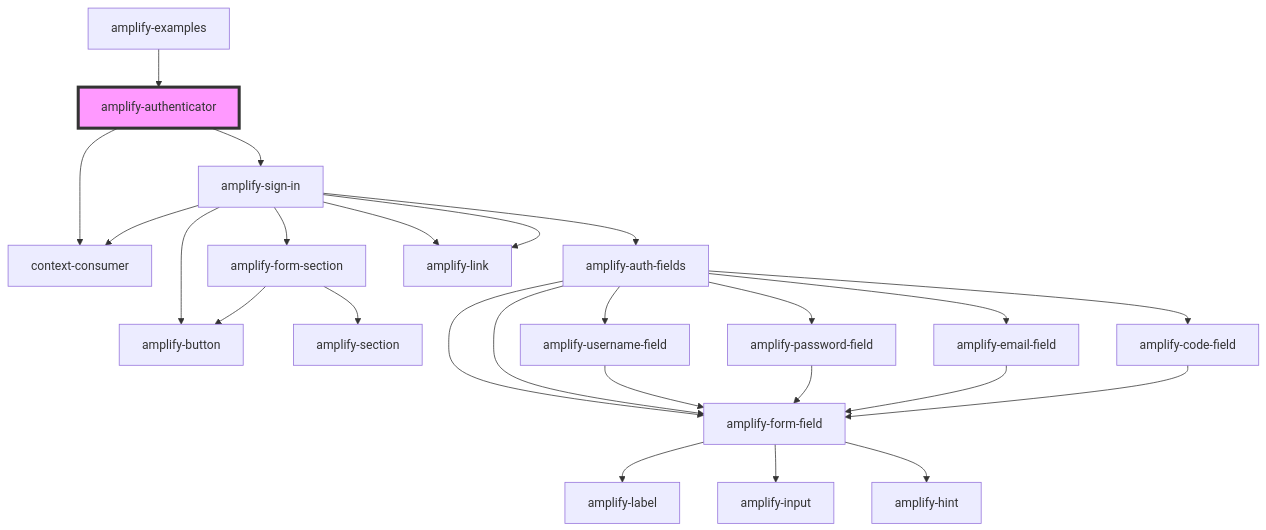
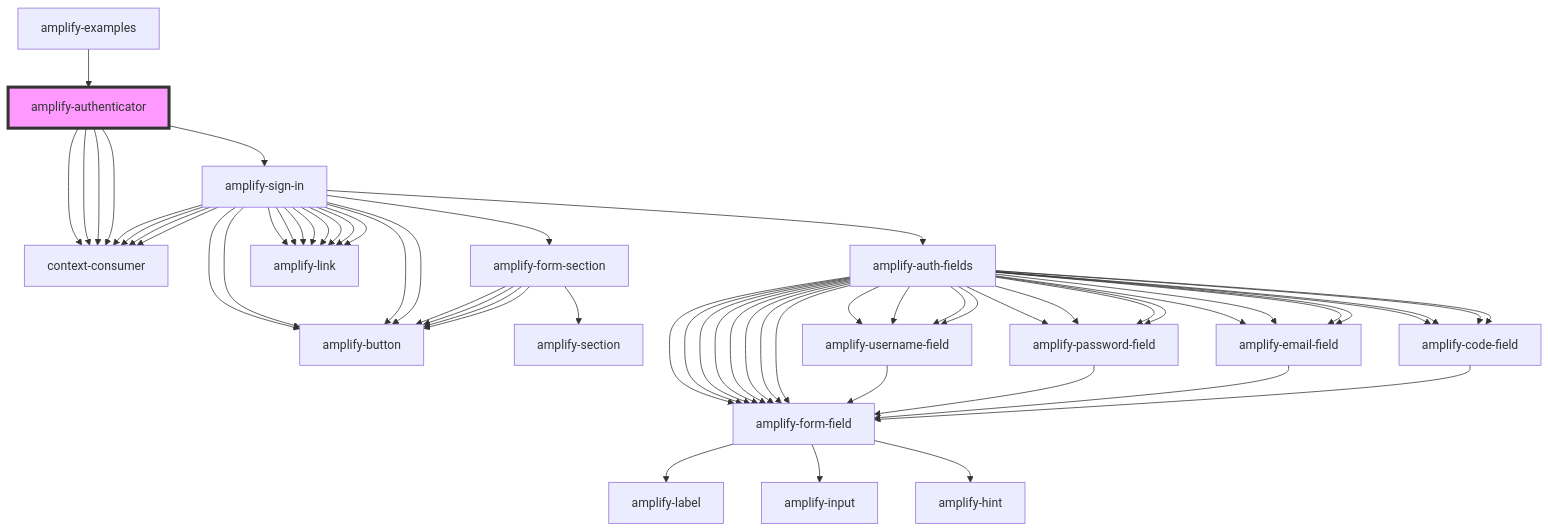
Before and after one commit to aws-amplify/amplify-js: the diagram in packages/amplify-ui-components/src/components/amplify-authenticator/readme.md, drawn with Mermaid. The commit also changed other lines of this file and 35 other files, not shown here.

Commit message:
feat: amplify-sign-in component, authState refactor

````diff
--- a/packages/amplify-ui-components/src/components/amplify-authenticator/readme.md
+++ b/packages/amplify-ui-components/src/components/amplify-authenticator/readme.md
@@ -27,28 +30,64 @@
 ```mermaid
 graph TD;
   amplify-authenticator --> amplify-sign-in
+  amplify-authenticator --> context-consumer
+  amplify-authenticator --> context-consumer
+  amplify-authenticator --> context-consumer
   amplify-authenticator --> context-consumer
   amplify-sign-in --> amplify-form-section
   amplify-sign-in --> amplify-auth-fields
   amplify-sign-in --> amplify-link
   amplify-sign-in --> context-consumer
   amplify-sign-in --> amplify-link
   amplify-sign-in --> amplify-button
+  amplify-sign-in --> amplify-link
+  amplify-sign-in --> context-consumer
+  amplify-sign-in --> amplify-link
+  amplify-sign-in --> amplify-button
+  amplify-sign-in --> amplify-link
+  amplify-sign-in --> context-consumer
+  amplify-sign-in --> amplify-link
+  amplify-sign-in --> amplify-button
+  amplify-sign-in --> amplify-link
+  amplify-sign-in --> context-consumer
+  amplify-sign-in --> amplify-link
+  amplify-sign-in --> amplify-button
   amplify-form-section --> amplify-section
   amplify-form-section --> amplify-button
+  amplify-form-section --> amplify-button
+  amplify-form-section --> amplify-button
+  amplify-form-section --> amplify-button
+  amplify-auth-fields --> amplify-username-field
+  amplify-auth-fields --> amplify-password-field
+  amplify-auth-fields --> amplify-email-field
+  amplify-auth-fields --> amplify-code-field
+  amplify-auth-fields --> amplify-form-field
+  amplify-auth-fields --> amplify-form-field
+  amplify-auth-fields --> amplify-username-field
+  amplify-auth-fields --> amplify-password-field
+  amplify-auth-fields --> amplify-email-field
+  amplify-auth-fields --> amplify-code-field
+  amplify-auth-fields --> amplify-form-field
+  amplify-auth-fields --> amplify-form-field
+  amplify-auth-fields --> amplify-username-field
+  amplify-auth-fields --> amplify-password-field
+  amplify-auth-fields --> amplify-email-field
+  amplify-auth-fields --> amplify-code-field
+  amplify-auth-fields --> amplify-form-field
+  amplify-auth-fields --> amplify-form-field
   amplify-auth-fields --> amplify-username-field
   amplify-auth-fields --> amplify-password-field
   amplify-auth-fields --> amplify-email-field
   amplify-auth-fields --> amplify-code-field
   amplify-auth-fields --> amplify-form-field
   amplify-auth-fields --> amplify-form-field
   amplify-username-field --> amplify-form-field
   amplify-form-field --> amplify-label
   amplify-form-field --> amplify-input
   amplify-form-field --> amplify-hint
   amplify-password-field --> amplify-form-field
   amplify-email-field --> amplify-form-field
   amplify-code-field --> amplify-form-field
   amplify-examples --> amplify-authenticator
   style amplify-authenticator fill:#f9f,stroke:#333,stroke-width:4px
 ```
````
